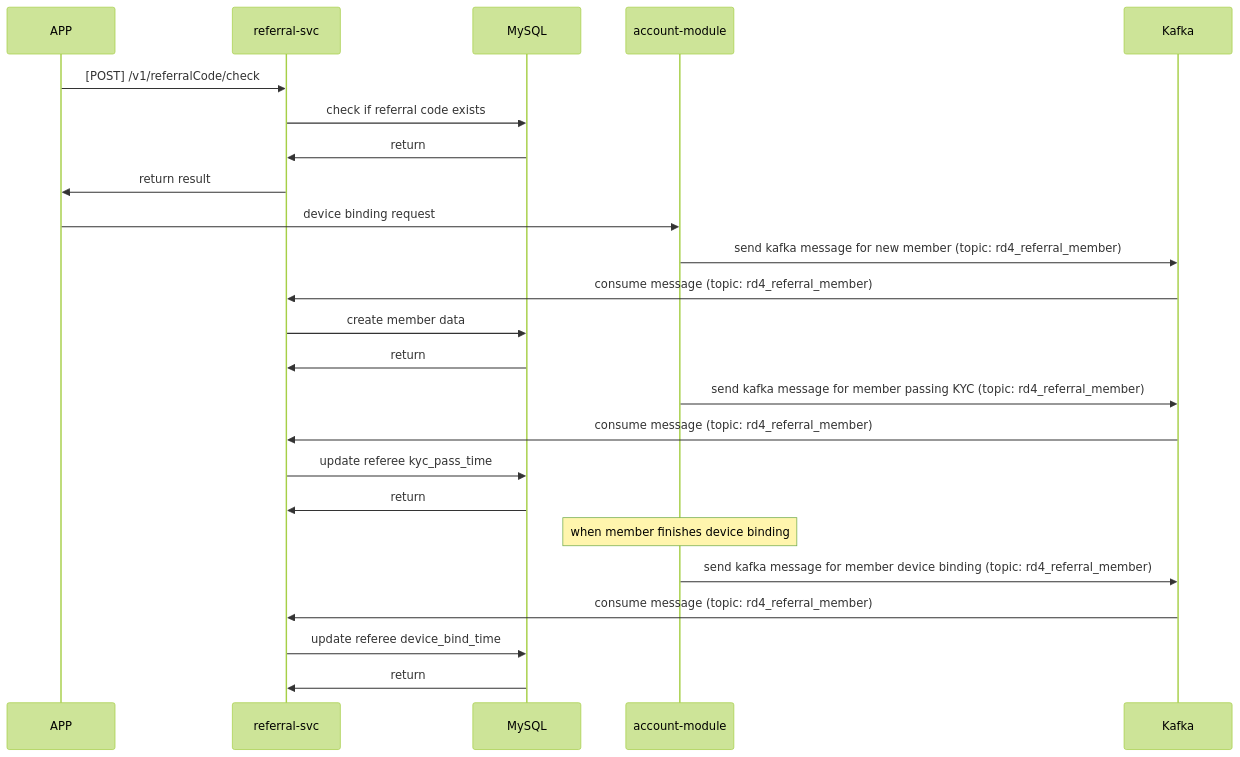
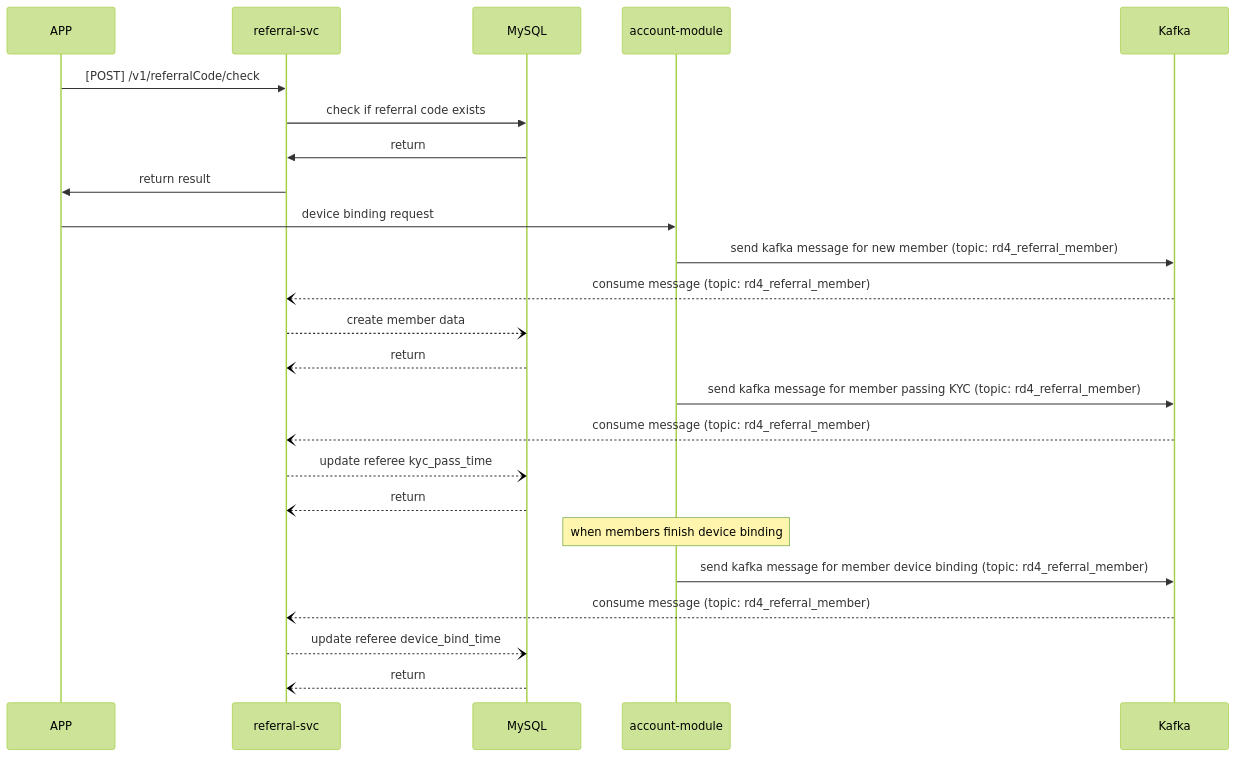
The second of 5 diagrams in Referral Code (好友推薦碼) Design Review.md (randallchang/referral_code), drawn with Mermaid (forest theme) before and after one commit. The commit also changed other lines of this file and 2 other files, not shown here.

Commit message:
feat: rename member

````diff
--- a/Referral Code (好友推薦碼) Design Review.md
+++ b/Referral Code (好友推薦碼) Design Review.md
@@ -44,23 +44,23 @@
 ```mermaid
 sequenceDiagram
 
 APP->>referral-svc: [POST] /v1/referralCode/check
 referral-svc->>MySQL : check if referral code exists
 MySQL->>referral-svc : return
 referral-svc->>APP : return result
 APP->>account-module: device binding request
 account-module->>Kafka : send kafka message for new member (topic: rd4_referral_member)
-Kafka->>referral-svc : consume message (topic: rd4_referral_member)
-referral-svc->>MySQL : create member data
-MySQL->>referral-svc : return
+Kafka--)referral-svc : consume message (topic: rd4_referral_member)
+referral-svc--)MySQL : create member data
+MySQL--)referral-svc : return
 account-module->>Kafka : send kafka message for member passing KYC (topic: rd4_referral_member)
-Kafka->>referral-svc : consume message (topic: rd4_referral_member)
-referral-svc->>MySQL : update referee kyc_pass_time
-MySQL->>referral-svc : return
-Note over account-module: when member finishes device binding
+Kafka--)referral-svc : consume message (topic: rd4_referral_member)
+referral-svc--)MySQL : update referee kyc_pass_time
+MySQL--)referral-svc : return
+Note over account-module: when members finish device binding
 account-module->>Kafka : send kafka message for member device binding (topic: rd4_referral_member)
-Kafka->>referral-svc : consume message (topic: rd4_referral_member)
-referral-svc->>MySQL : update referee device_bind_time
-MySQL->>referral-svc : return
+Kafka--)referral-svc : consume message (topic: rd4_referral_member)
+referral-svc--)MySQL : update referee device_bind_time
+MySQL--)referral-svc : return
 
 ```
````
